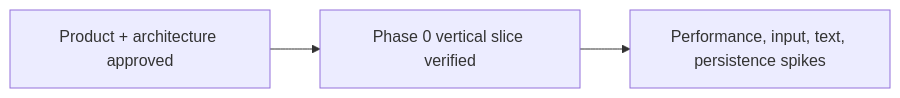
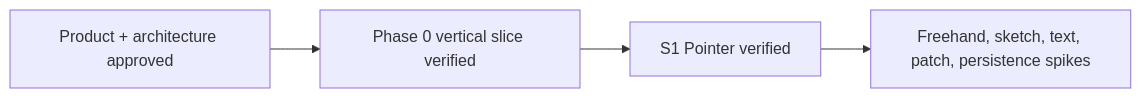
The diagram in docs/.state.md (deweyou/node-ink), drawn with Mermaid before and after one commit. The commit also changed other lines of this file and 23 other files, not shown here.

````diff
--- a/docs/.state.md
+++ b/docs/.state.md
@@ -3,5 +3,6 @@
 ```mermaid
 flowchart LR
     Design["Product + architecture approved"] --> Slice["Phase 0 vertical slice verified"]
-    Slice --> Spikes["Performance, input, text, persistence spikes"]
+    Slice --> Pointer["S1 Pointer verified"]
+    Pointer --> Spikes["Freehand, sketch, text, patch, persistence spikes"]
 ```
````
